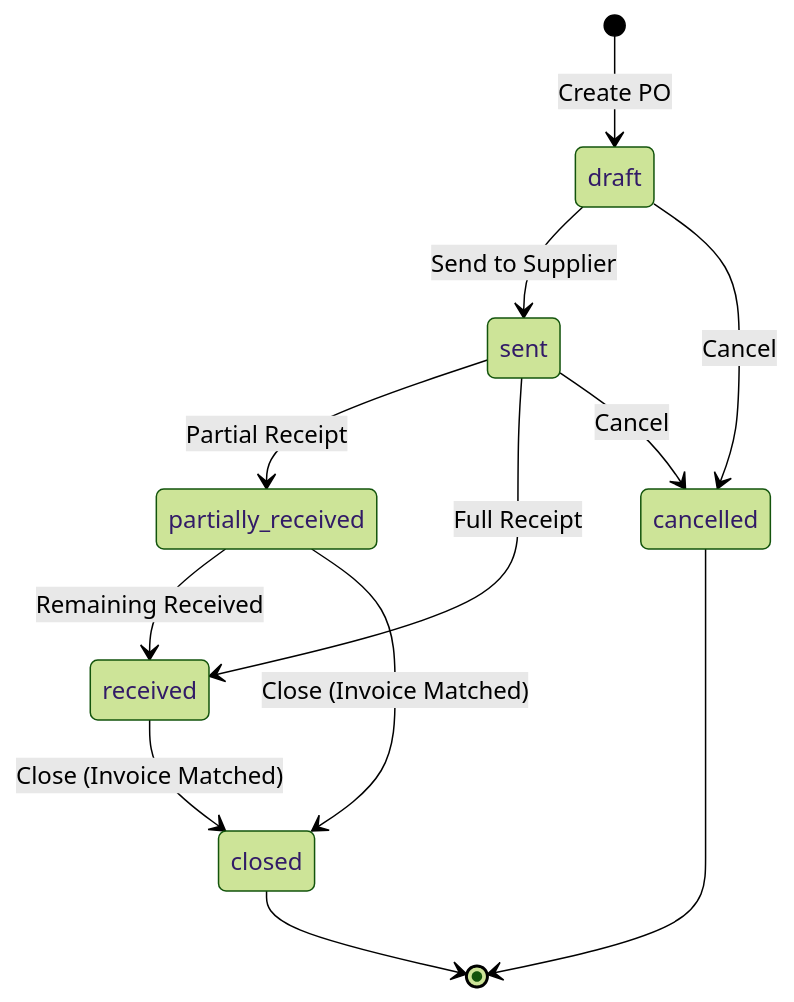
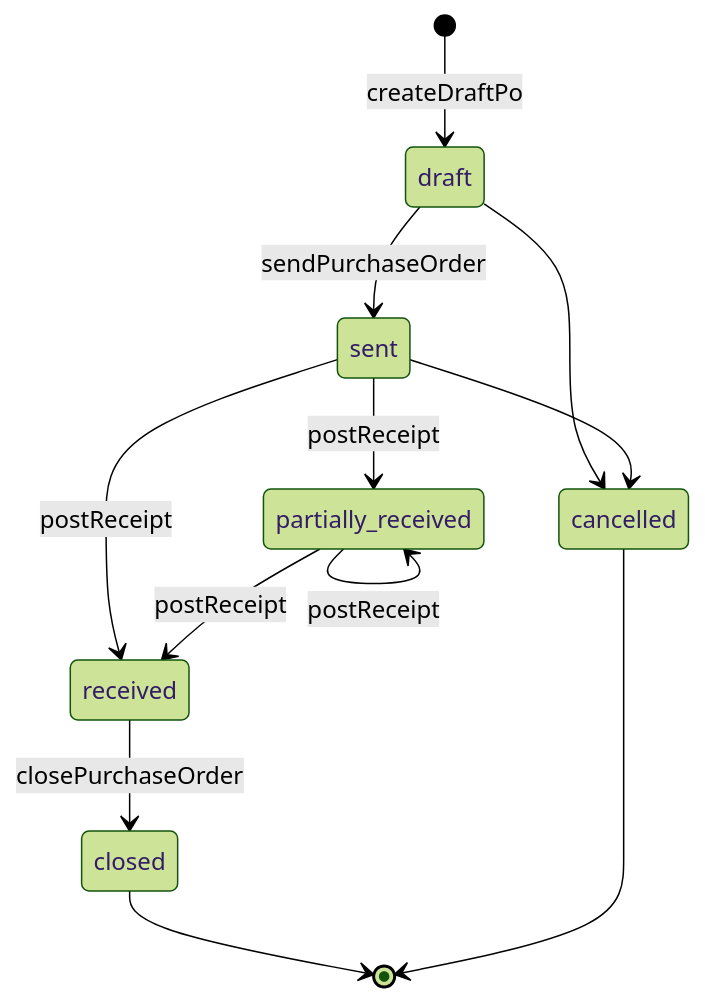
Before and after one commit to Ai-NativeLab/ServeOs: the fourth of 8 diagrams in docs/flows/state-machines.md, drawn with Mermaid (forest theme). The commit also changed other lines of this file and 1 other file, not shown here.

First line of the commit message:
docs(flows): rewrite sequence diagrams and state machines from the code

````diff
--- a/docs/flows/state-machines.md
+++ b/docs/flows/state-machines.md
@@ -107,18 +99,14 @@
 ```mermaid
 stateDiagram-v2
-    [*] --> draft: Create PO
-    draft --> sent: Send to Supplier
-    draft --> cancelled: Cancel
-    
-    sent --> partially_received: Partial Receipt
-    sent --> received: Full Receipt
-    sent --> cancelled: Cancel
-    
-    partially_received --> received: Remaining Received
-    partially_received --> closed: Close (Invoice Matched)
-    
-    received --> closed: Close (Invoice Matched)
-    
+    [*] --> draft: createDraftPo
+    draft --> sent: sendPurchaseOrder
+    draft --> cancelled
+    sent --> partially_received: postReceipt
+    sent --> received: postReceipt
+    sent --> cancelled
+    partially_received --> partially_received: postReceipt
+    partially_received --> received: postReceipt
+    received --> closed: closePurchaseOrder
     closed --> [*]
     cancelled --> [*]
 ```
````
